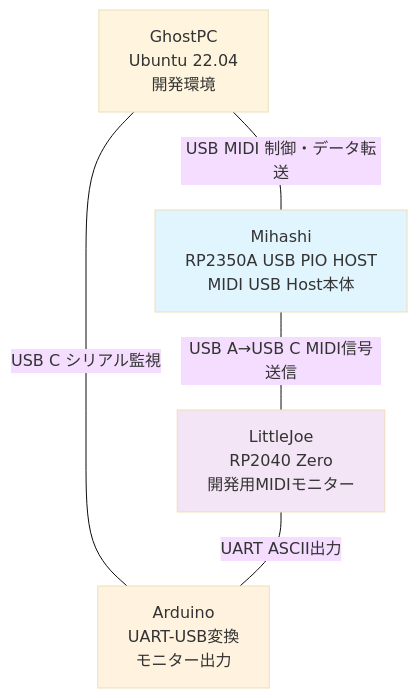
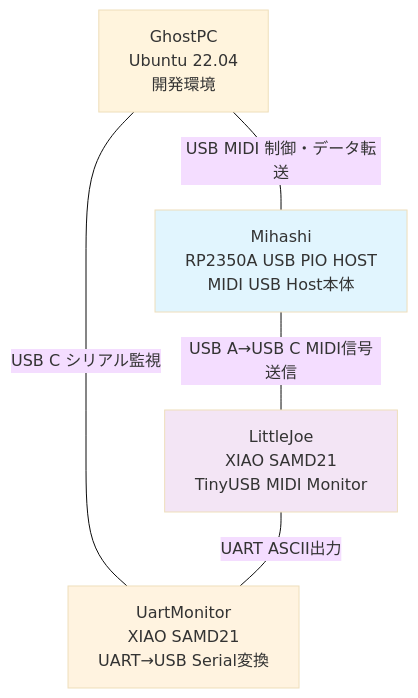
One commit to kurogedelic/Mihashi changed the diagram in README.md. Above: the diagram before and after it, drawn with Mermaid (base theme). The commit also changed other lines of this file and 4 other files, not shown here.

First line of the commit message:
Update device specifications: XIAO SAMD21 for LittleJoe and UartMonitor

````diff
--- a/README.md
+++ b/README.md
@@ -9,16 +9,16 @@
 ```mermaid
 graph TD
     A[GhostPC<br/>Ubuntu 22.04<br/>開発環境]
     B[Mihashi<br/>RP2350A USB PIO HOST<br/>MIDI USB Host本体]
-    C[LittleJoe<br/>RP2040 Zero<br/>開発用MIDIモニター]
-    D[Arduino<br/>UART-USB変換<br/>モニター出力]
+    C[LittleJoe<br/>XIAO SAMD21<br/>TinyUSB MIDI Monitor]
+    D[UartMonitor<br/>XIAO SAMD21<br/>UART→USB Serial変換]
     
     A ---|USB MIDI 制御・データ転送| B
     A ---|USB C シリアル監視| D
     B ---|USB A→USB C MIDI信号送信| C
     C ---|UART ASCII出力| D
     
     style B fill:#e1f5fe
     style C fill:#f3e5f5
     style D fill:#fff3e0
 ```
````
